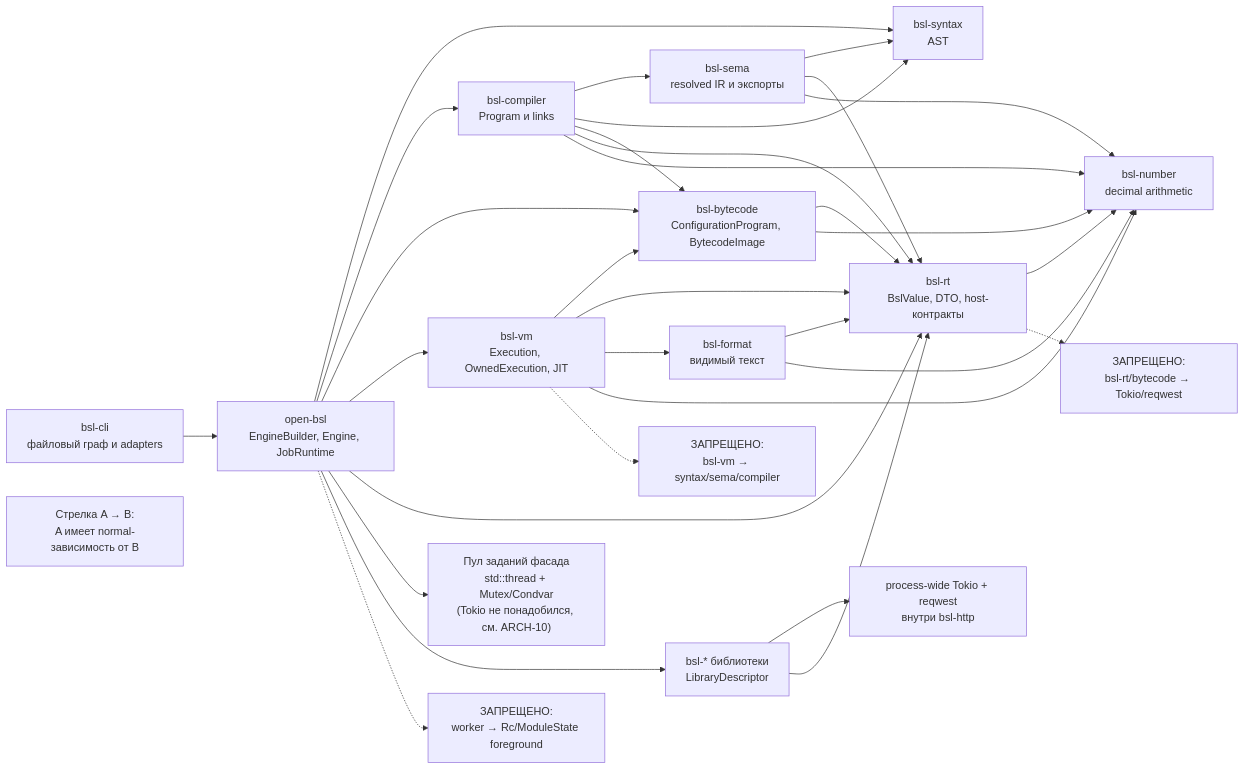
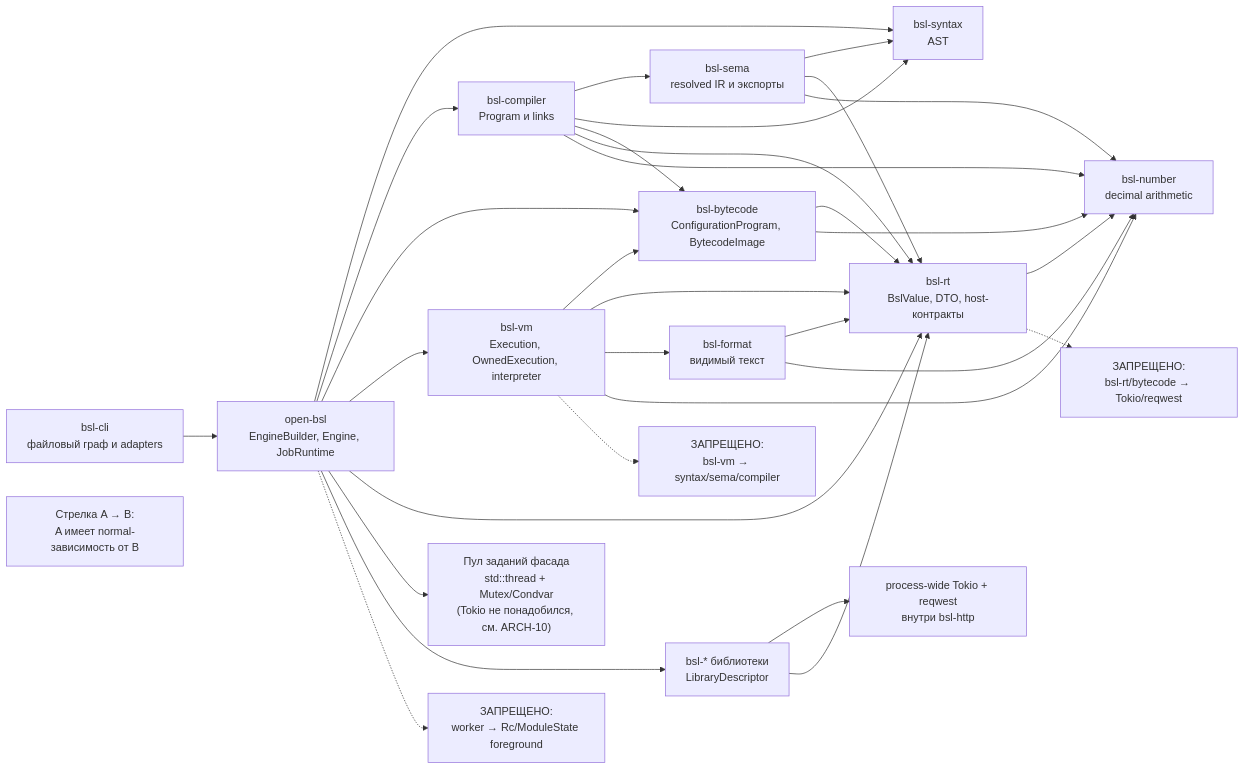
One commit to dobpilot/open-bsl changed the second of 21 diagrams in docs/architecture/component-architecture.md. Above: the diagram before and after it, drawn with Mermaid. The commit also changed other lines of this file and 84 other files, not shown here.

Commit message:
Remove JIT execution and use bytecode optimization in benchmarks

````diff
--- a/docs/architecture/component-architecture.md
+++ b/docs/architecture/component-architecture.md
@@ -94,52 +94,52 @@
 ```mermaid
 flowchart LR
     cli["bsl-cli<br/>файловый граф и adapters"]
     facade["open-bsl<br/>EngineBuilder, Engine, JobRuntime"]
     syntax["bsl-syntax<br/>AST"]
     sema["bsl-sema<br/>resolved IR и экспорты"]
     compiler["bsl-compiler<br/>Program и links"]
     bytecode["bsl-bytecode<br/>ConfigurationProgram, BytecodeImage"]
-    vm["bsl-vm<br/>Execution, OwnedExecution, JIT"]
+    vm["bsl-vm<br/>Execution, OwnedExecution, interpreter"]
     rt["bsl-rt<br/>BslValue, DTO, host-контракты"]
     number["bsl-number<br/>decimal arithmetic"]
     format["bsl-format<br/>видимый текст"]
     libs["bsl-* библиотеки<br/>LibraryDescriptor"]
     pool["Пул заданий фасада<br/>std::thread + Mutex/Condvar<br/>(Tokio не понадобился, см. ARCH-10)"]
     http_adapter["process-wide Tokio + reqwest<br/>внутри bsl-http"]
 
     legend["Стрелка A → B:<br/>A имеет normal-зависимость от B"]
     cli --> facade
     facade --> syntax
     sema --> syntax
     sema --> rt
     sema --> number
     compiler --> sema
     compiler --> syntax
     compiler --> bytecode
     facade --> compiler
     facade --> bytecode
     facade --> vm
     facade --> rt
     facade --> pool
     libs --> http_adapter
     vm --> bytecode
     vm --> rt
     vm --> format
     format --> rt
     compiler --> rt
     compiler --> number
     bytecode --> rt
     bytecode --> number
     vm --> number
     rt --> number
     format --> number
     libs --> rt
     facade --> libs
 
     forbidden1["ЗАПРЕЩЕНО:<br/>bsl-vm → syntax/sema/compiler"]
     forbidden2["ЗАПРЕЩЕНО:<br/>bsl-rt/bytecode → Tokio/reqwest"]
     forbidden3["ЗАПРЕЩЕНО:<br/>worker → Rc/ModuleState foreground"]
     vm -.-> forbidden1
     rt -.-> forbidden2
     facade -.-> forbidden3
 ```
````
